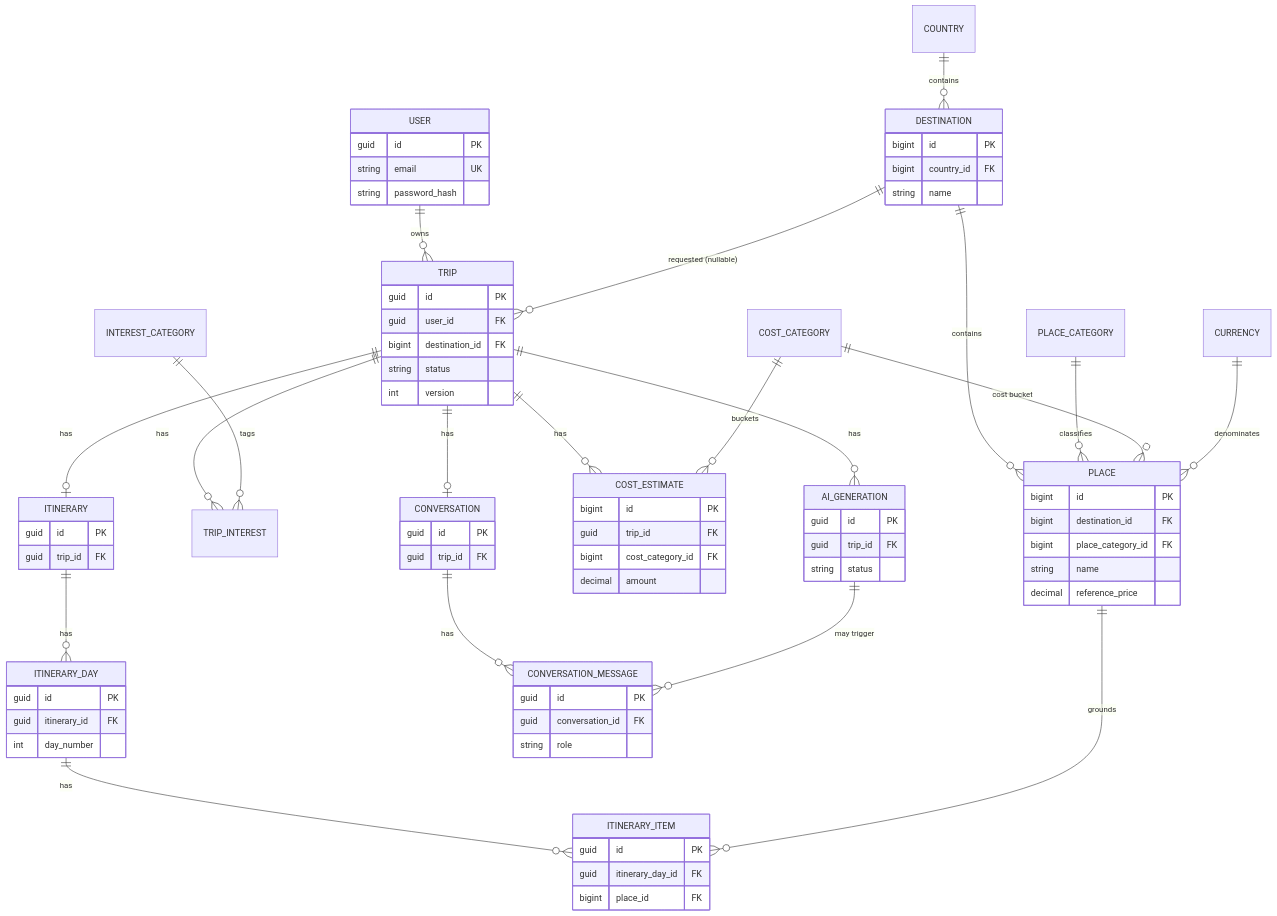
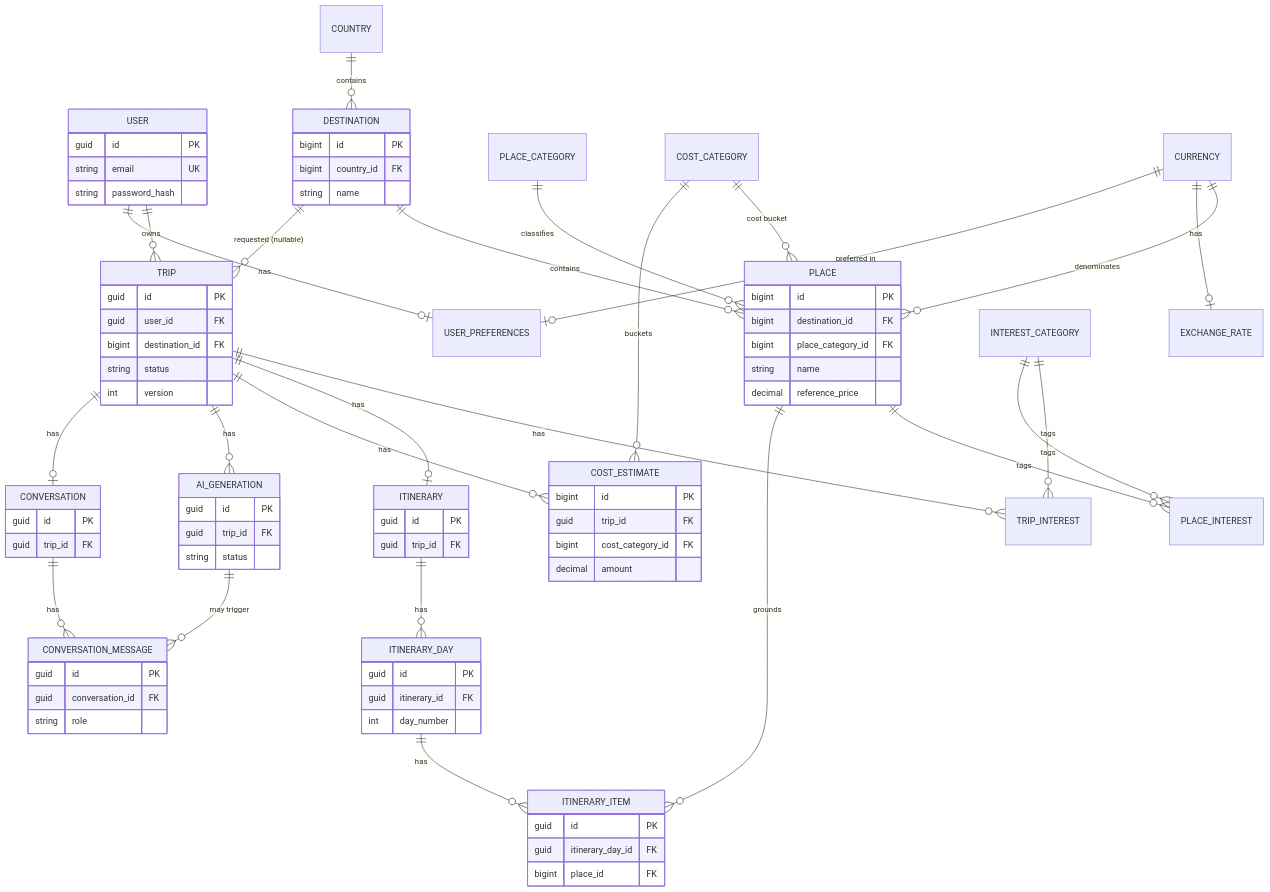
One commit to adam-alAj/Triply changed the second of 2 diagrams in Docs/05_TRIPLY_Database_Design_Data_Model_Specification.md. Above: the diagram before and after it, drawn with Mermaid. The commit also changed other lines of this file and 12 other files, not shown here.

````diff
--- a/Docs/05_TRIPLY_Database_Design_Data_Model_Specification.md
+++ b/Docs/05_TRIPLY_Database_Design_Data_Model_Specification.md
@@ -468,14 +565,19 @@
 ```mermaid
 erDiagram
     USER ||--o{ TRIP : owns
+    USER ||--o| USER_PREFERENCES : has
     COUNTRY ||--o{ DESTINATION : contains
     DESTINATION ||--o{ PLACE : contains
     PLACE_CATEGORY ||--o{ PLACE : classifies
     COST_CATEGORY ||--o{ PLACE : "cost bucket"
     CURRENCY ||--o{ PLACE : denominates
+    CURRENCY ||--o| EXCHANGE_RATE : has
+    CURRENCY ||--o| USER_PREFERENCES : "preferred in"
     DESTINATION ||--o{ TRIP : "requested (nullable)"
     TRIP ||--o{ TRIP_INTEREST : has
     INTEREST_CATEGORY ||--o{ TRIP_INTEREST : tags
+    PLACE ||--o{ PLACE_INTEREST : tags
+    INTEREST_CATEGORY ||--o{ PLACE_INTEREST : tags
     TRIP ||--o| ITINERARY : has
     ITINERARY ||--o{ ITINERARY_DAY : has
     ITINERARY_DAY ||--o{ ITINERARY_ITEM : has
````
